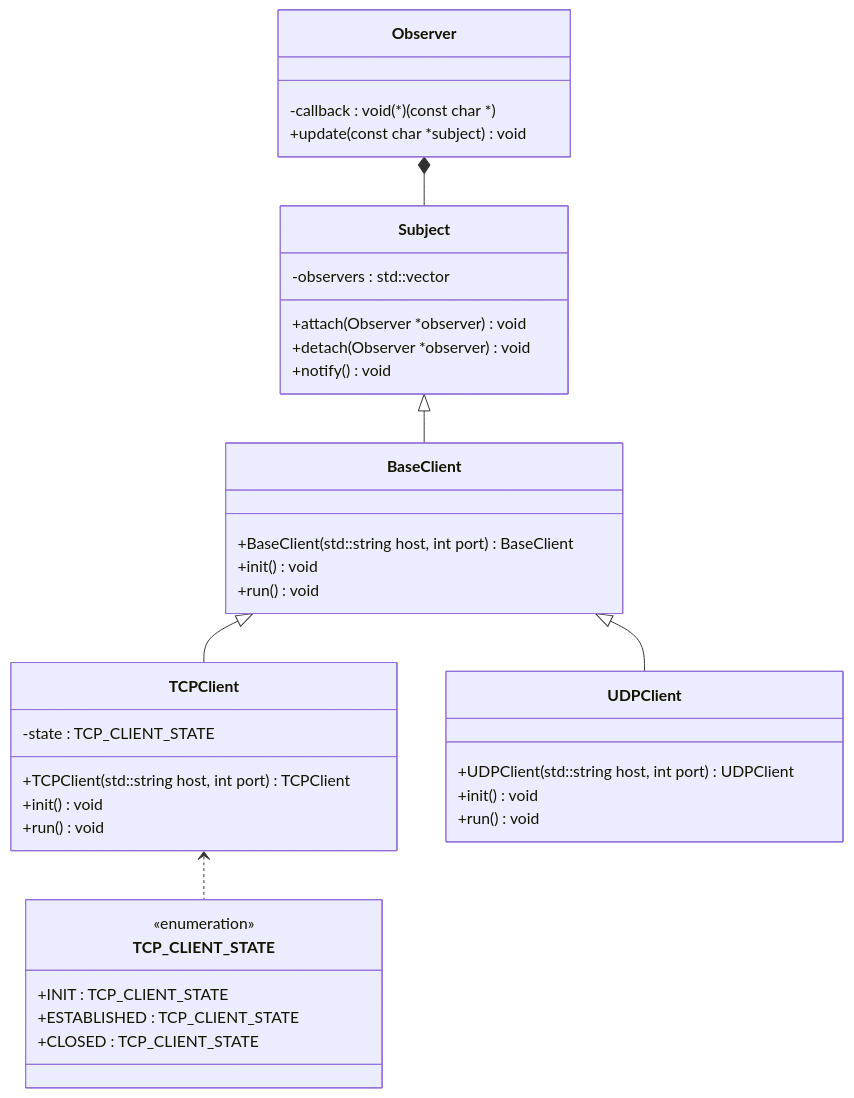
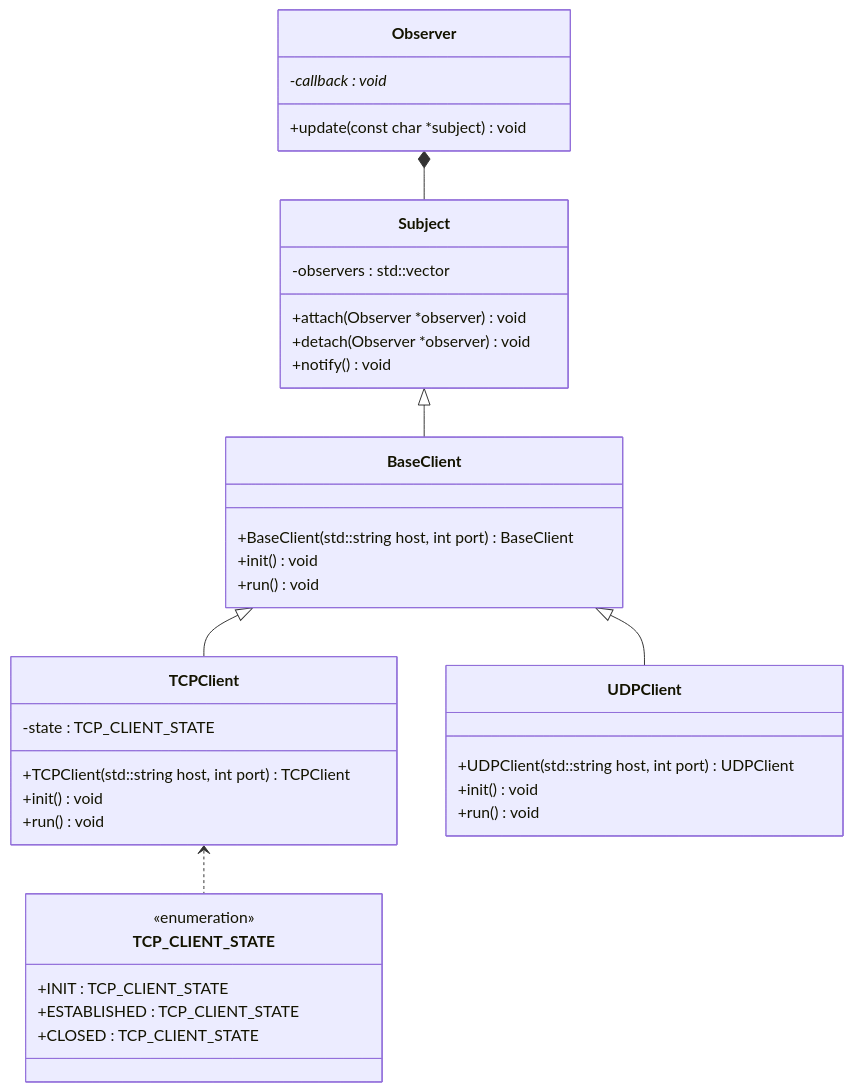
One commit to NickSettler/IPK-project-1 changed the diagram in README.md. Above: the diagram before and after it, drawn with Mermaid.

Commit message:
docs: update readme mermaid diagram

````diff
--- a/README.md
+++ b/README.md
@@ -14,52 +14,52 @@
 ```mermaid
 classDiagram
     Observer *-- Subject
     Subject <|-- BaseClient
     BaseClient <|-- TCPClient
     BaseClient <|-- UDPClient
     TCPClient <.. TCP_CLIENT_STATE
     
     class Observer{
-        -callback : void(*)(const char *)
+        -callback : void*
         
         +update(const char *subject) void
     }
     
     class Subject {
         -observers : std::vector
         
         +attach(Observer *observer) void
         +detach(Observer *observer) void
         +notify() void
     }
     
     class BaseClient{
         +BaseClient(std::string host, int port) BaseClient
         
         +init() void
         +run() void
     }
     
     class TCPClient{
         -state : TCP_CLIENT_STATE
     
         +TCPClient(std::string host, int port) TCPClient
         
         +init() void
         +run() void
     }
     
     class UDPClient{
         +UDPClient(std::string host, int port) UDPClient
         
         +init() void
         +run() void
     }
     
     class TCP_CLIENT_STATE{
         <<enumeration>>
         +INIT : TCP_CLIENT_STATE
         +ESTABLISHED : TCP_CLIENT_STATE
         +CLOSED : TCP_CLIENT_STATE
     }
 ```
````
